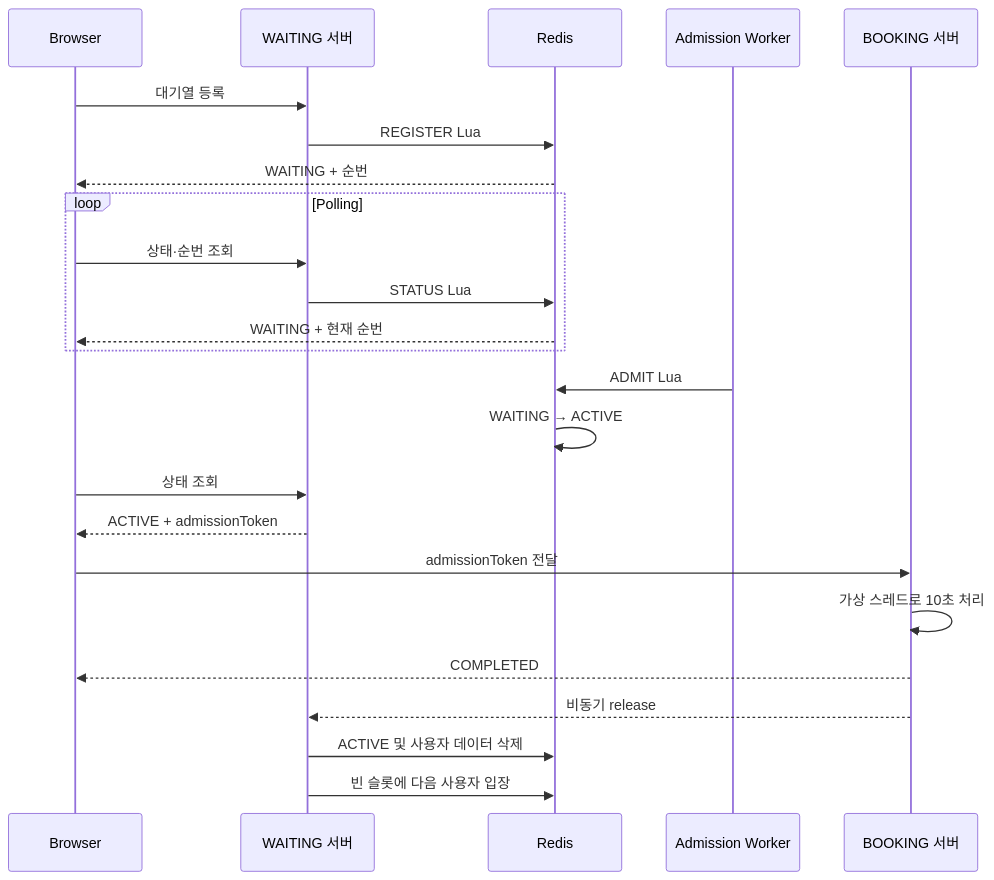
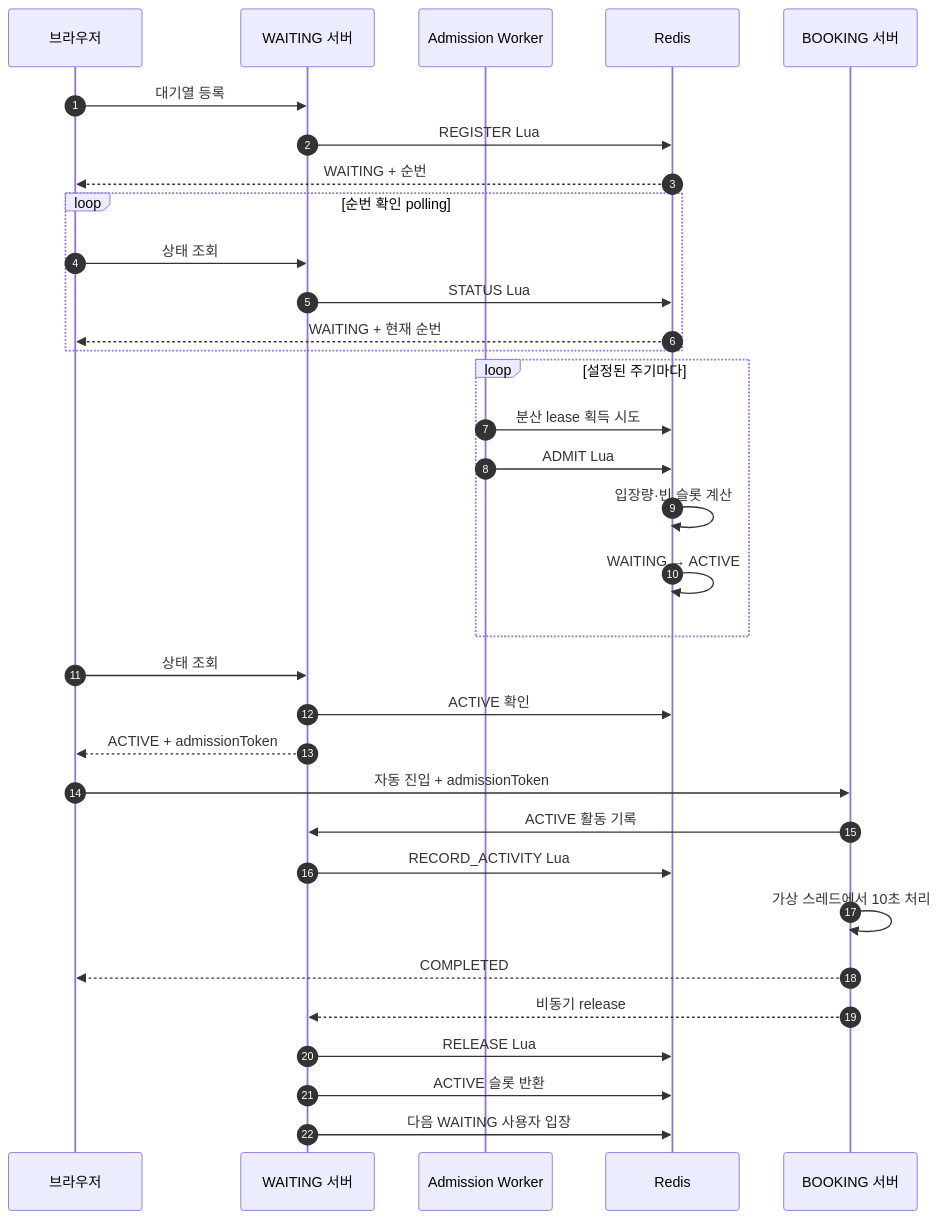
The diagram in system-architecture/queue/README.md (ssjjaa-algo/study_record), drawn with Mermaid before and after one commit. The commit also changed other lines of this file and 65 other files, not shown here.

````diff
--- a/system-architecture/queue/README.md
+++ b/system-architecture/queue/README.md
@@ -3,32 +7,41 @@
 ```mermaid
 sequenceDiagram
-    participant Browser
+    autonumber
+    participant Browser as 브라우저
     participant Waiting as WAITING 서버
+    participant Worker as Admission Worker
     participant Redis
-    participant Worker as Admission Worker
     participant Booking as BOOKING 서버
 
     Browser->>Waiting: 대기열 등록
     Waiting->>Redis: REGISTER Lua
     Redis-->>Browser: WAITING + 순번
 
-    loop Polling
-        Browser->>Waiting: 상태·순번 조회
+    loop 순번 확인 polling
+        Browser->>Waiting: 상태 조회
         Waiting->>Redis: STATUS Lua
         Redis-->>Browser: WAITING + 현재 순번
     end
 
-    Worker->>Redis: ADMIT Lua
-    Redis->>Redis: WAITING → ACTIVE
+    loop 설정된 주기마다
+        Worker->>Redis: 분산 lease 획득 시도
+        Worker->>Redis: ADMIT Lua
+        Redis->>Redis: 입장량·빈 슬롯 계산
+        Redis->>Redis: WAITING → ACTIVE
+    end
 
     Browser->>Waiting: 상태 조회
+    Waiting->>Redis: ACTIVE 확인
     Waiting-->>Browser: ACTIVE + admissionToken
 
-    Browser->>Booking: admissionToken 전달
-    Booking->>Booking: 가상 스레드로 10초 처리
+    Browser->>Booking: 자동 진입 + admissionToken
+    Booking->>Waiting: ACTIVE 활동 기록
+    Waiting->>Redis: RECORD_ACTIVITY Lua
+    Booking->>Booking: 가상 스레드에서 10초 처리
     Booking-->>Browser: COMPLETED
 
     Booking-->>Waiting: 비동기 release
-    Waiting->>Redis: ACTIVE 및 사용자 데이터 삭제
-    Waiting->>Redis: 빈 슬롯에 다음 사용자 입장
+    Waiting->>Redis: RELEASE Lua
+    Waiting->>Redis: ACTIVE 슬롯 반환
+    Waiting->>Redis: 다음 WAITING 사용자 입장
 ```
````
